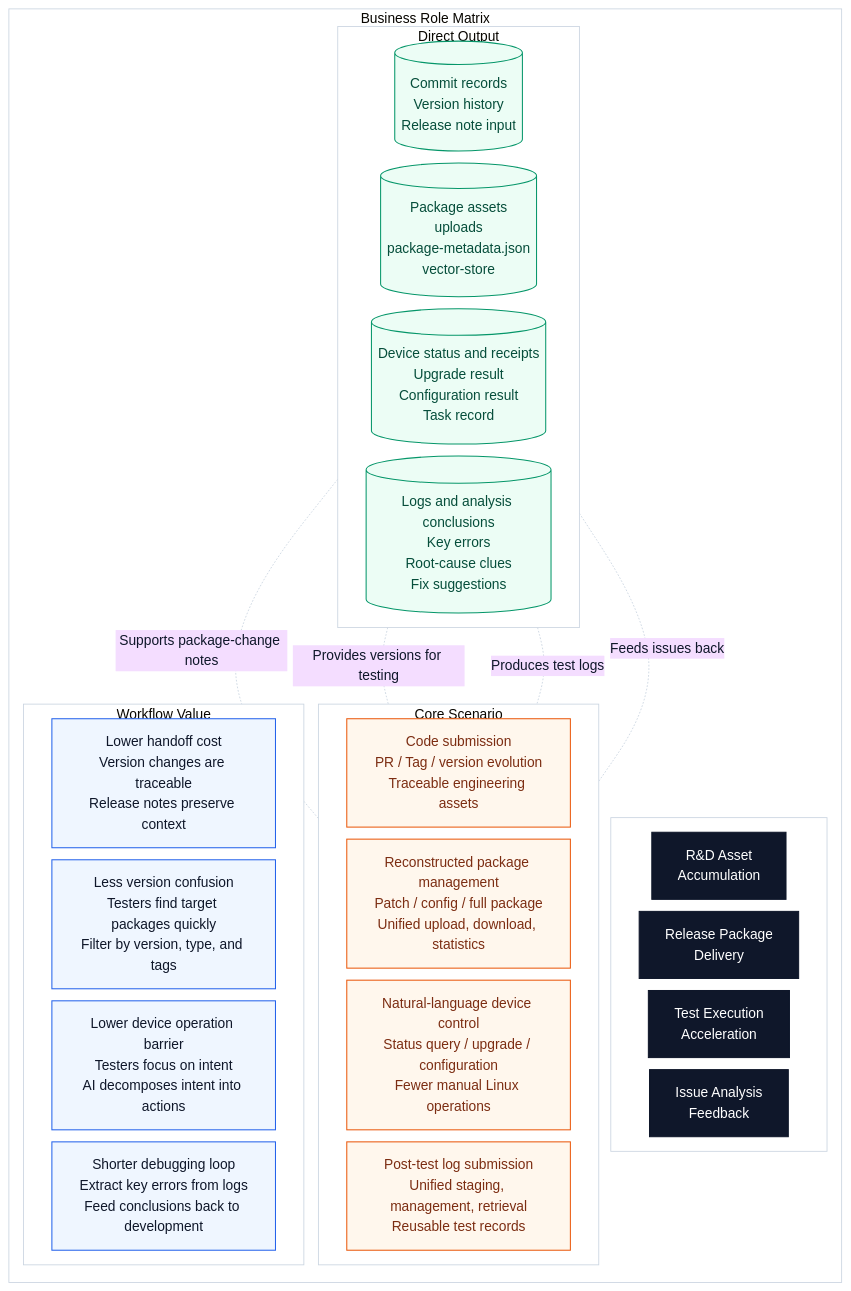
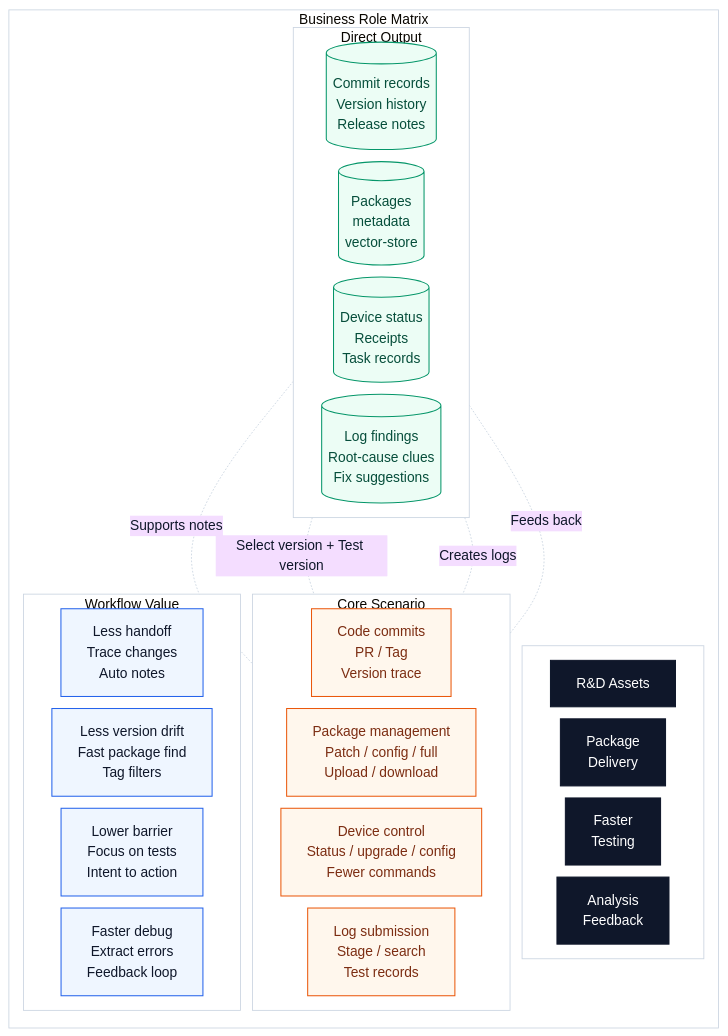
Before and after one commit to visiontrail/RavenAI: the third of 4 diagrams in README.md, drawn with Mermaid. The commit also changed other lines of this file and 1 other file, not shown here.

Commit message:
chore: refine flowchart descriptions and terminology in README files

````diff
--- a/README.md
+++ b/README.md
@@ -86,59 +86,59 @@
 ```mermaid
 %% Suggested export canvas: 1200x900 or 1600x1200, 4:3
 %% Topic: RavenAI business role in the R&D testing workflow
 %%{init: {"theme": "base", "flowchart": {"htmlLabels": true, "nodeSpacing": 14, "rankSpacing": 16, "curve": "basis"}, "themeVariables": {"fontFamily": "Arial, Microsoft YaHei", "primaryTextColor": "#0F172A", "lineColor": "#CBD5E1", "clusterBkg": "#FFFFFF", "clusterBorder": "#CBD5E1"}}}%%
 
 flowchart TB
 
 subgraph M["Business Role Matrix"]
 direction TB
 
   subgraph H[" "]
   direction LR
-    H1["R&D Asset<br/>Accumulation"]
-    H2["Release Package<br/>Delivery"]
-    H3["Test Execution<br/>Acceleration"]
-    H4["Issue Analysis<br/>Feedback"]
+    H1["R&D Assets"]
+    H2["Package<br/>Delivery"]
+    H3["Faster<br/>Testing"]
+    H4["Analysis<br/>Feedback"]
   end
 
   subgraph R1["Core Scenario"]
   direction LR
-    A1["Code submission<br/>PR / Tag / version evolution<br/>Traceable engineering assets"]
-    A2["Reconstructed package management<br/>Patch / config / full package<br/>Unified upload, download, statistics"]
-    A3["Natural-language device control<br/>Status query / upgrade / configuration<br/>Fewer manual Linux operations"]
-    A4["Post-test log submission<br/>Unified staging, management, retrieval<br/>Reusable test records"]
+    A1["Code commits<br/>PR / Tag<br/>Version trace"]
+    A2["Package management<br/>Patch / config / full<br/>Upload / download"]
+    A3["Device control<br/>Status / upgrade / config<br/>Fewer commands"]
+    A4["Log submission<br/>Stage / search<br/>Test records"]
   end
 
   subgraph R2["Workflow Value"]
   direction LR
-    B1["Lower handoff cost<br/>Version changes are traceable<br/>Release notes preserve context"]
-    B2["Less version confusion<br/>Testers find target packages quickly<br/>Filter by version, type, and tags"]
-    B3["Lower device operation barrier<br/>Testers focus on intent<br/>AI decomposes intent into actions"]
-    B4["Shorter debugging loop<br/>Extract key errors from logs<br/>Feed conclusions back to development"]
+    B1["Less handoff<br/>Trace changes<br/>Auto notes"]
+    B2["Less version drift<br/>Fast package find<br/>Tag filters"]
+    B3["Lower barrier<br/>Focus on tests<br/>Intent to action"]
+    B4["Faster debug<br/>Extract errors<br/>Feedback loop"]
   end
 
   subgraph R3["Direct Output"]
   direction LR
-    C1[("Commit records<br/>Version history<br/>Release note input")]
-    C2[("Package assets<br/>uploads<br/>package-metadata.json<br/>vector-store")]
-    C3[("Device status and receipts<br/>Upgrade result<br/>Configuration result<br/>Task record")]
-    C4[("Logs and analysis conclusions<br/>Key errors<br/>Root-cause clues<br/>Fix suggestions")]
+    C1[("Commit records<br/>Version history<br/>Release notes")]
+    C2[("Packages<br/>metadata<br/>vector-store")]
+    C3[("Device status<br/>Receipts<br/>Task records")]
+    C4[("Log findings<br/>Root-cause clues<br/>Fix suggestions")]
   end
 
 end
 
-C1 -. "Supports package-change notes" .- A2
-C2 -. "Provides versions for testing" .- A3
-C3 -. "Produces test logs" .- A4
-C4 -. "Feeds issues back" .- A1
+C1 -. "Supports notes" .- A2
+C2 -. "Select version + Test version" .- A3
+C3 -. "Creates logs" .- A4
+C4 -. "Feeds back" .- A1
 
 classDef head fill:#0F172A,stroke:#0F172A,stroke-width:1.2px,color:#FFFFFF;
 classDef scene fill:#FFF7ED,stroke:#EA580C,stroke-width:1.2px,color:#7C2D12;
 classDef value fill:#EFF6FF,stroke:#2563EB,stroke-width:1.2px,color:#0F172A;
 classDef data fill:#ECFDF5,stroke:#059669,stroke-width:1.2px,color:#064E3B;
 
 class H1,H2,H3,H4 head;
 class A1,A2,A3,A4 scene;
 class B1,B2,B3,B4 value;
 class C1,C2,C3,C4 data;
 ```
````
